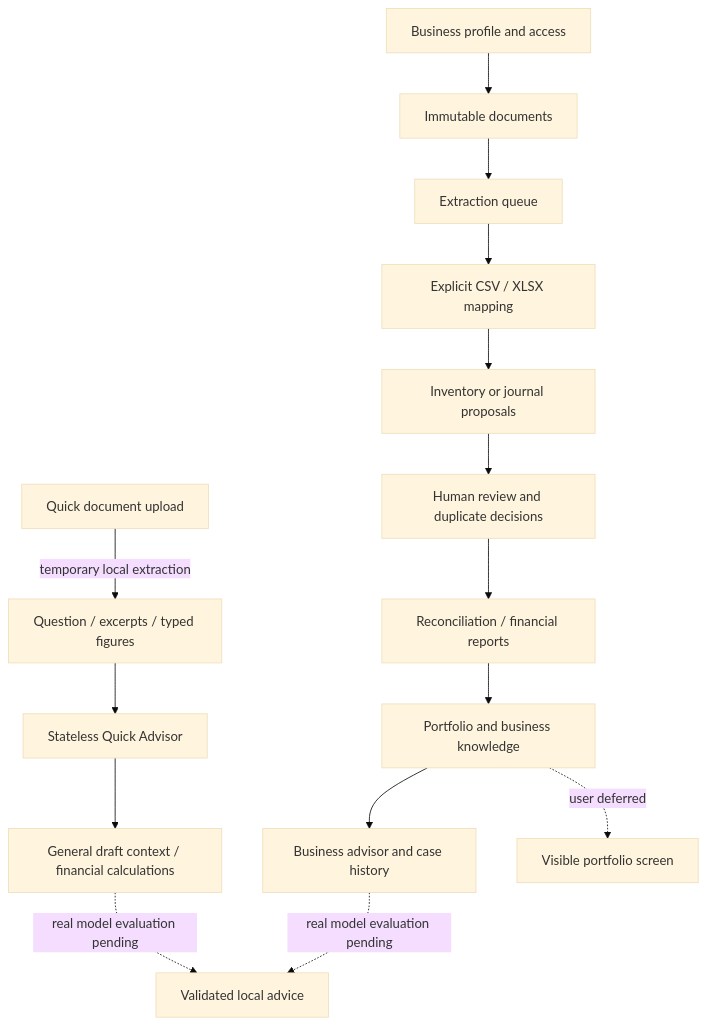
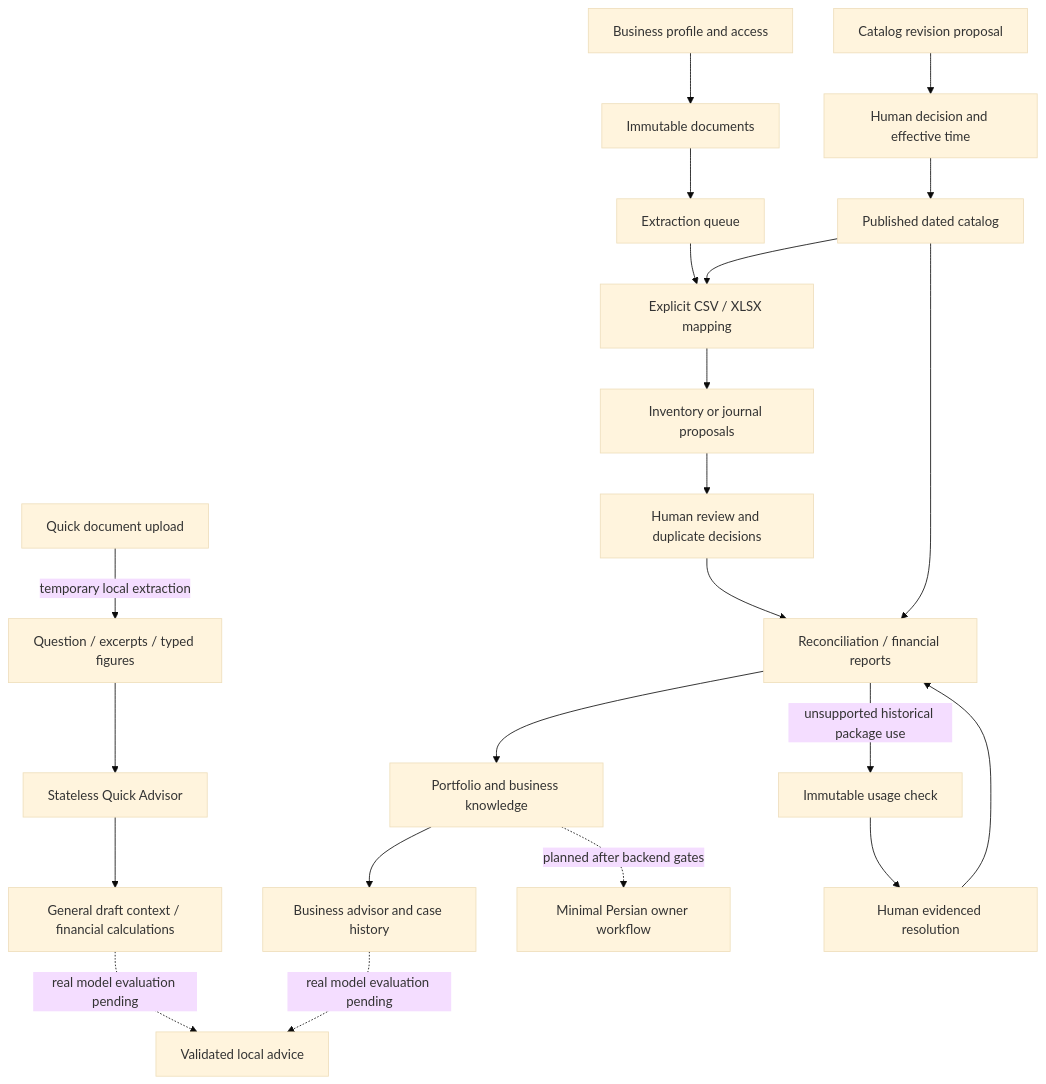
The diagram in research/PROGRESS.md (alisunkazemi21-cloud/Herman-SME-Financial-Advisor-Perisan), drawn with Mermaid (base theme) before and after one commit. The commit also changed other lines of this file and 12 other files, not shown here.

Commit message:
Accept C16 catalog checkpoint and advance completeness roadmap

````diff
--- a/research/PROGRESS.md
+++ b/research/PROGRESS.md
@@ -31,17 +31,24 @@
 ```mermaid
 flowchart TD
     A[Business profile and access] --> B[Immutable documents]
     B --> C[Extraction queue]
     C --> D[Explicit CSV / XLSX mapping]
     D --> E[Inventory or journal proposals]
     E --> F[Human review and duplicate decisions]
     F --> G[Reconciliation / financial reports]
     G --> H[Portfolio and business knowledge]
     H --> I[Business advisor and case history]
     J[Question / excerpts / typed figures] --> K[Stateless Quick Advisor]
     O[Quick document upload] -->|temporary local extraction| J
     K --> L[General draft context / financial calculations]
     L -. real model evaluation pending .-> N[Validated local advice]
-    H -. user deferred .-> M[Visible portfolio screen]
+    H -. planned after backend gates .-> M[Minimal Persian owner workflow]
     I -. real model evaluation pending .-> N[Validated local advice]
+    P[Catalog revision proposal] --> Q[Human decision and effective time]
+    Q --> R[Published dated catalog]
+    R --> D
+    R --> G
+    G -->|unsupported historical package use| T[Immutable usage check]
+    T --> U[Human evidenced resolution]
+    U --> G
 ```
````
